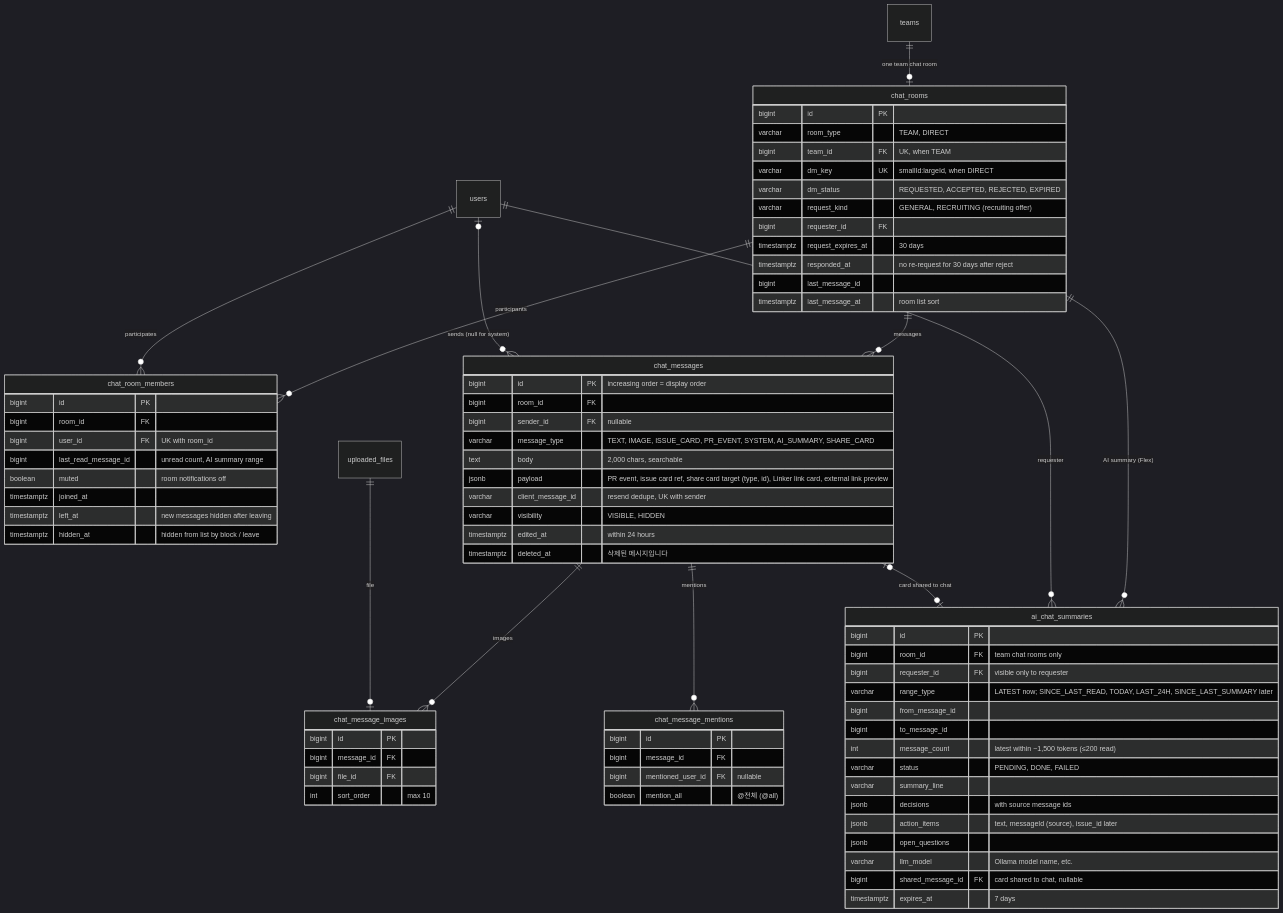
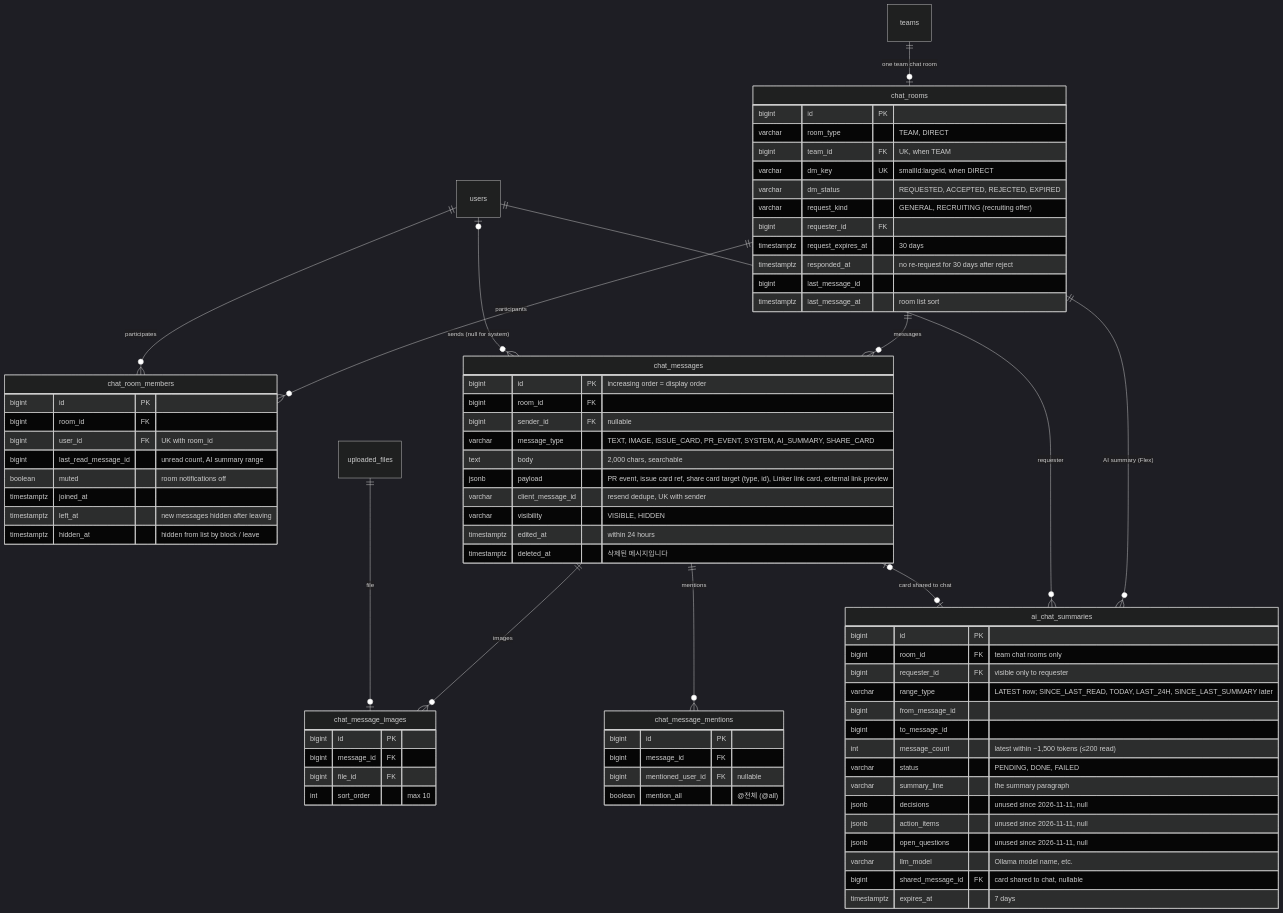
Before and after one commit to likelion-backendschool-9th/Linker: the seventh of 11 diagrams in docs/development/01-erd.md, drawn with Mermaid (dark theme). The commit also changed other lines of this file and 49 other files, not shown here.

````diff
--- a/docs/development/01-erd.md
+++ b/docs/development/01-erd.md
@@ -669,79 +669,79 @@
 ```mermaid
 erDiagram
   teams ||--o| chat_rooms : "one team chat room"
   chat_rooms ||--o{ chat_room_members : "participants"
   users ||--o{ chat_room_members : "participates"
   chat_rooms ||--o{ chat_messages : "messages"
   users |o--o{ chat_messages : "sends (null for system)"
   chat_messages ||--o{ chat_message_images : "images"
   uploaded_files ||--o| chat_message_images : "file"
   chat_messages ||--o{ chat_message_mentions : "mentions"
   chat_rooms ||--o{ ai_chat_summaries : "AI summary (Flex)"
   users ||--o{ ai_chat_summaries : "requester"
   chat_messages |o--o| ai_chat_summaries : "card shared to chat"
 
   chat_rooms {
     bigint id PK
     varchar room_type "TEAM, DIRECT"
     bigint team_id FK "UK, when TEAM"
     varchar dm_key UK "smallId:largeId, when DIRECT"
     varchar dm_status "REQUESTED, ACCEPTED, REJECTED, EXPIRED"
     varchar request_kind "GENERAL, RECRUITING (recruiting offer)"
     bigint requester_id FK
     timestamptz request_expires_at "30 days"
     timestamptz responded_at "no re-request for 30 days after reject"
     bigint last_message_id
     timestamptz last_message_at "room list sort"
   }
   chat_room_members {
     bigint id PK
     bigint room_id FK
     bigint user_id FK "UK with room_id"
     bigint last_read_message_id "unread count, AI summary range"
     boolean muted "room notifications off"
     timestamptz joined_at
     timestamptz left_at "new messages hidden after leaving"
     timestamptz hidden_at "hidden from list by block / leave"
   }
   chat_messages {
     bigint id PK "increasing order = display order"
     bigint room_id FK
     bigint sender_id FK "nullable"
     varchar message_type "TEXT, IMAGE, ISSUE_CARD, PR_EVENT, SYSTEM, AI_SUMMARY, SHARE_CARD"
     text body "2,000 chars, searchable"
     jsonb payload "PR event, issue card ref, share card target (type, id), Linker link card, external link preview"
     varchar client_message_id "resend dedupe, UK with sender"
     varchar visibility "VISIBLE, HIDDEN"
     timestamptz edited_at "within 24 hours"
     timestamptz deleted_at "삭제된 메시지입니다"
   }
   chat_message_images {
     bigint id PK
     bigint message_id FK
     bigint file_id FK
     int sort_order "max 10"
   }
   chat_message_mentions {
     bigint id PK
     bigint message_id FK
     bigint mentioned_user_id FK "nullable"
     boolean mention_all "@전체 (@all)"
   }
   ai_chat_summaries {
     bigint id PK
     bigint room_id FK "team chat rooms only"
     bigint requester_id FK "visible only to requester"
     varchar range_type "LATEST now; SINCE_LAST_READ, TODAY, LAST_24H, SINCE_LAST_SUMMARY later"
     bigint from_message_id
     bigint to_message_id
     int message_count "latest within ~1,500 tokens (≤200 read)"
     varchar status "PENDING, DONE, FAILED"
-    varchar summary_line
-    jsonb decisions "with source message ids"
-    jsonb action_items "text, messageId (source), issue_id later"
-    jsonb open_questions
+    varchar summary_line "the summary paragraph"
+    jsonb decisions "unused since 2026-11-11, null"
+    jsonb action_items "unused since 2026-11-11, null"
+    jsonb open_questions "unused since 2026-11-11, null"
     varchar llm_model "Ollama model name, etc."
     bigint shared_message_id FK "card shared to chat, nullable"
     timestamptz expires_at "7 days"
   }
 ```
````
